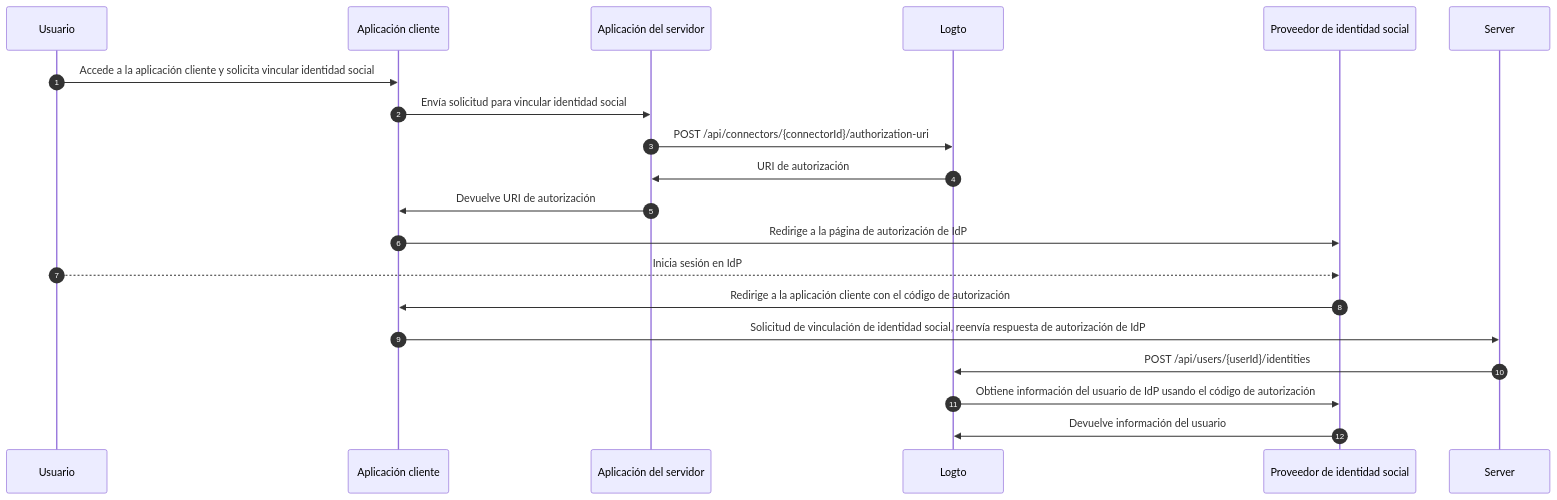
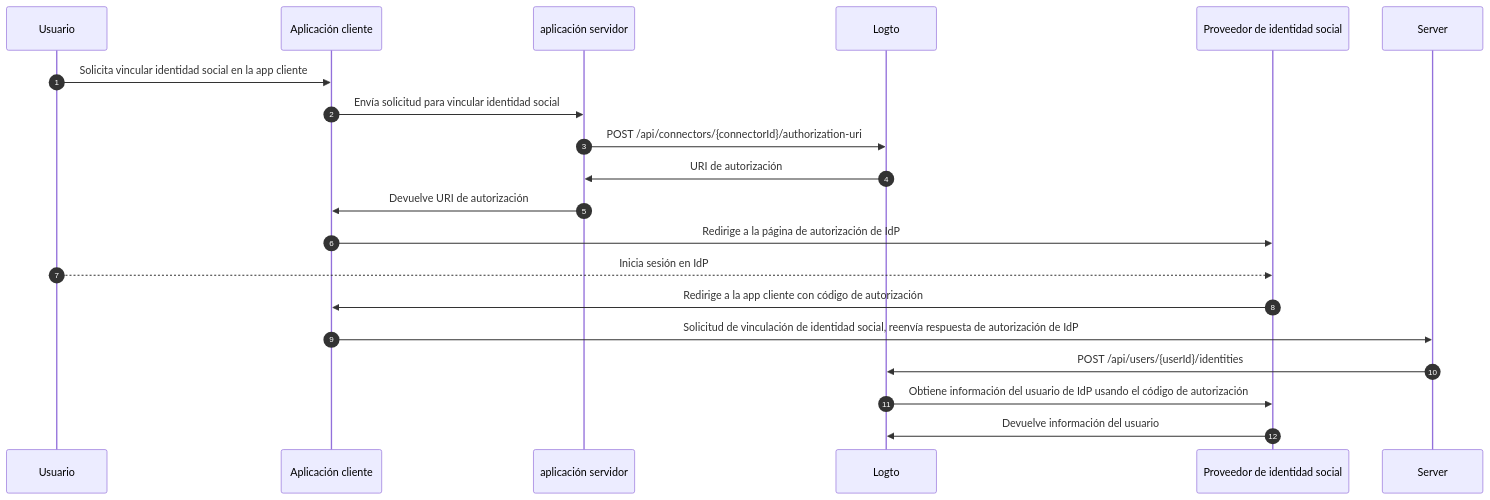
One commit to logto-io/docs changed the third of 3 diagrams in i18n/es/docusaurus-plugin-content-docs/current/end-user-flows/account-settings/by-management-api.mdx. Above: the diagram before and after it, drawn with Mermaid. The commit also changed other lines of this file and 80 other files, not shown here.

````diff
--- a/i18n/es/docusaurus-plugin-content-docs/current/end-user-flows/account-settings/by-management-api.mdx
+++ b/i18n/es/docusaurus-plugin-content-docs/current/end-user-flows/account-settings/by-management-api.mdx
@@ -120,22 +120,22 @@
 ```mermaid
 sequenceDiagram
     autoNumber
     participant User as Usuario
     participant Client as Aplicación cliente
-    participant App as Aplicación del servidor
+    participant App as aplicación servidor
     participant Logto as Logto
     participant IdP as Proveedor de identidad social
 
-    User ->> Client: Accede a la aplicación cliente y solicita vincular identidad social
+    User ->> Client: Solicita vincular identidad social en la app cliente
     Client ->> App: Envía solicitud para vincular identidad social
     App ->> Logto: POST /api/connectors/{connectorId}/authorization-uri
     Logto ->> App: URI de autorización
     App ->> Client: Devuelve URI de autorización
     Client ->> IdP: Redirige a la página de autorización de IdP
     User -->> IdP: Inicia sesión en IdP
-    IdP ->> Client: Redirige a la aplicación cliente con el código de autorización
+    IdP ->> Client: Redirige a la app cliente con código de autorización
     Client ->> Server: Solicitud de vinculación de identidad social, reenvía respuesta de autorización de IdP
     Server ->> Logto: POST /api/users/{userId}/identities
     Logto ->> IdP: Obtiene información del usuario de IdP usando el código de autorización
     IdP ->> Logto: Devuelve información del usuario
 ```
````
